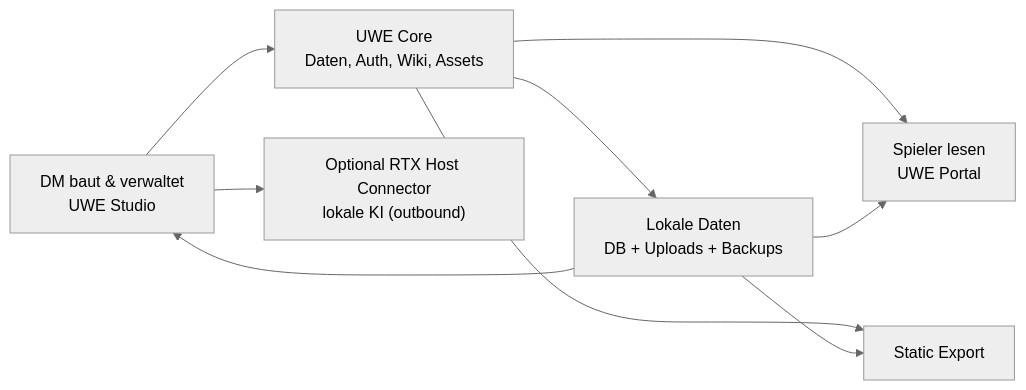
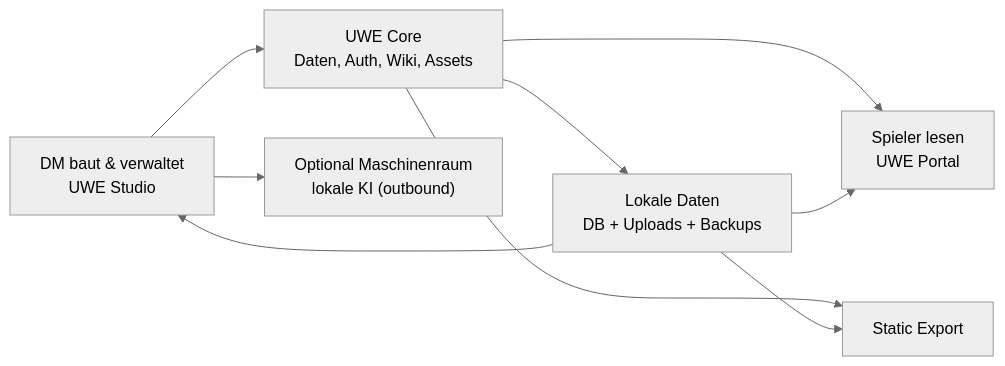
Before and after one commit to Nehmo101/UWE: the sixth of 6 diagrams in docs/ARCHITECTURE.md, drawn with Mermaid (neutral theme). The commit also changed other lines of this file and 119 other files, not shown here.

First line of the commit message:
feat(command-center): Ersteinrichtungs-Assistent + Umbenennung RTX Connector → Maschinenraum

````diff
--- a/docs/ARCHITECTURE.md
+++ b/docs/ARCHITECTURE.md
@@ -265,12 +265,12 @@
 ```mermaid
 flowchart LR
   Studio["DM baut & verwaltet<br/>UWE Studio"] --> Core["UWE Core<br/>Daten, Auth, Wiki, Assets"]
   Core --> Data["Lokale Daten<br/>DB + Uploads + Backups"]
   Core --> Portal["Spieler lesen<br/>UWE Portal"]
   Core --> Export["Static Export"]
-  Studio --> RTX["Optional RTX Host Connector<br/>lokale KI (outbound)"]
+  Studio --> RTX["Optional Maschinenraum<br/>lokale KI (outbound)"]
 
   Data --> Studio
   Data --> Portal
   Data --> Export
 ```
````
